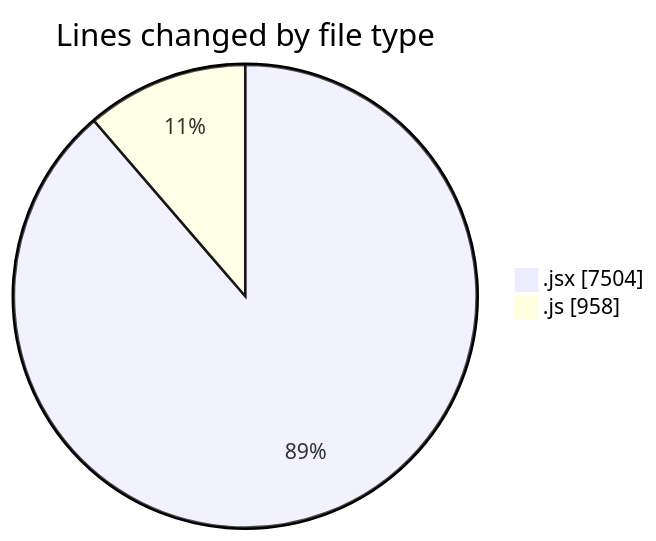
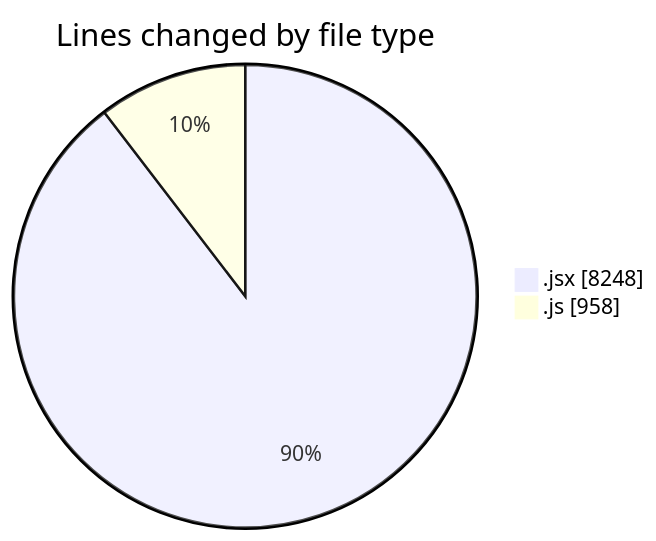
One commit to nxtqubesakshisongat/code-tracking changed the first of 2 diagrams in 2026-01-20/nxtqube_webapp/README.md. Above: the diagram before and after it, drawn with Mermaid. The commit also changed other lines of this file and 1 other file, not shown here.

````diff
--- a/2026-01-20/nxtqube_webapp/README.md
+++ b/2026-01-20/nxtqube_webapp/README.md
@@ -25,6 +26,6 @@
 ```mermaid
 pie showData
 title Lines changed by file type
-".jsx" : 7504
+".jsx" : 8248
 ".js" : 958
 ```
````
